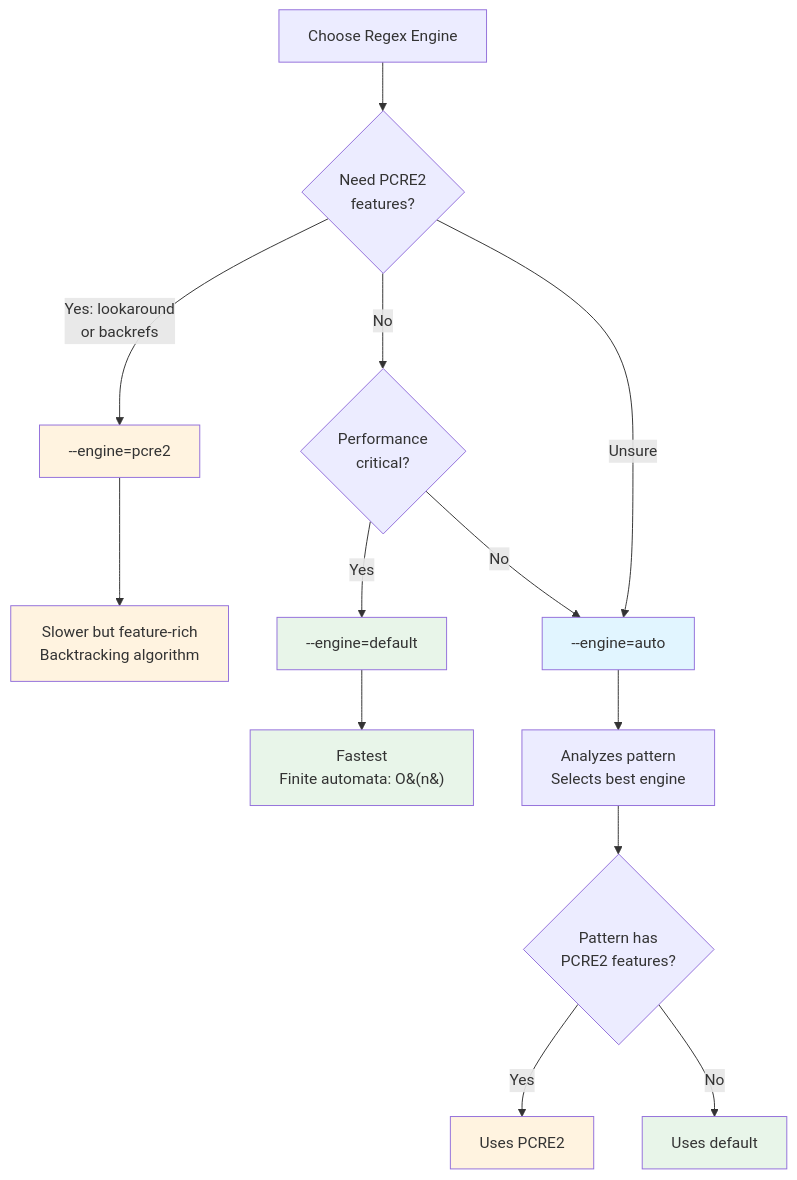
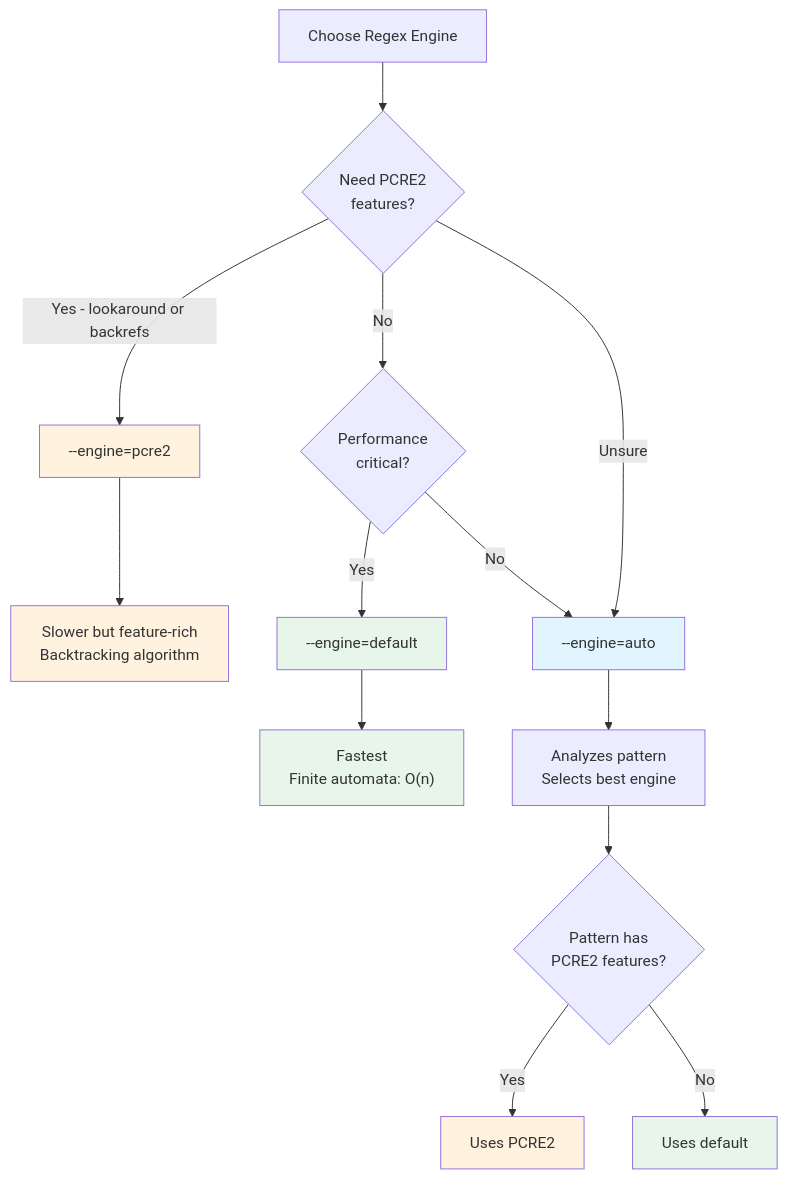
The second of 2 diagrams in docs/advanced-patterns/pcre2.md (iepathos/ripgrep), drawn with Mermaid before and after one commit. The commit also changed 10 other files, not shown here.

First line of the commit message:
fix: replace all <br/> tags with proper multi-line syntax in Mermaid diagrams

````diff
--- a/docs/advanced-patterns/pcre2.md
+++ b/docs/advanced-patterns/pcre2.md
@@ -115,27 +115,33 @@
 ```mermaid
 flowchart TD
-    Start[Choose Regex Engine] --> Need{Need PCRE2<br/>features?}
+    Start[Choose Regex Engine] --> Need{"Need PCRE2
+features?"}
 
-    Need -->|Yes: lookaround<br/>or backrefs| PCRE2[--engine=pcre2]
-    Need -->|No| Performance{Performance<br/>critical?}
+    Need -->|Yes - lookaround or backrefs| PCRE2[--engine=pcre2]
+    Need -->|No| Performance{"Performance
+critical?"}
     Need -->|Unsure| Auto[--engine=auto]
 
     Performance -->|Yes| Default[--engine=default]
     Performance -->|No| Auto
 
-    PCRE2 --> PCRENote["Slower but feature-rich<br/>Backtracking algorithm"]
-    Default --> DefaultNote["Fastest<br/>Finite automata: O&#40;n&#41;"]
-    Auto --> AutoNote["Analyzes pattern<br/>Selects best engine"]
+    PCRE2 --> PCRENote["Slower but feature-rich
+    Backtracking algorithm"]
+    Default --> DefaultNote["Fastest
+    Finite automata: O(n)"]
+    Auto --> AutoNote["Analyzes pattern
+    Selects best engine"]
 
-    AutoNote --> AutoCheck{Pattern has<br/>PCRE2 features?}
+    AutoNote --> AutoCheck{"Pattern has
+PCRE2 features?"}
     AutoCheck -->|Yes| AutoPCRE[Uses PCRE2]
     AutoCheck -->|No| AutoDefault[Uses default]
 
     style PCRE2 fill:#fff3e0
     style Default fill:#e8f5e9
     style Auto fill:#e1f5ff
     style PCRENote fill:#fff3e0
     style DefaultNote fill:#e8f5e9
     style AutoPCRE fill:#fff3e0
     style AutoDefault fill:#e8f5e9
 ```
````
